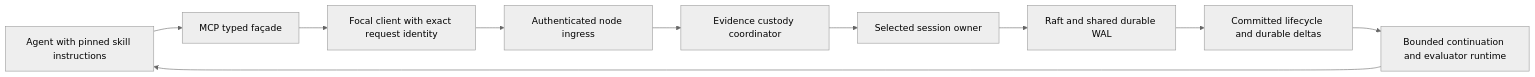
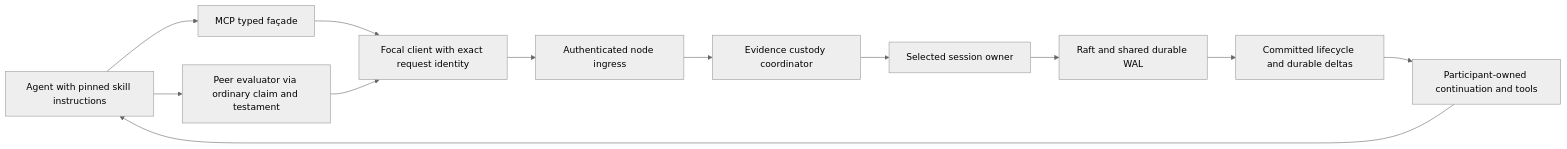
Before and after one commit to hyper-light/focal: the diagram in docs/archictecutre/12-agent-tools-and-workflows.md, drawn with Mermaid (neutral theme). The commit also changed other lines of this file and 1006 other files, not shown here.

````diff
--- a/docs/archictecutre/12-agent-tools-and-workflows.md
+++ b/docs/archictecutre/12-agent-tools-and-workflows.md
@@ -103,12 +117,14 @@
 ```mermaid
 flowchart LR
   A[Agent with pinned skill instructions] --> M[MCP typed façade]
   M --> C[Focal client with exact request identity]
   C --> I[Authenticated node ingress]
   I --> E[Evidence custody coordinator]
   E --> O[Selected session owner]
   O --> W[Raft and shared durable WAL]
   W --> D[Committed lifecycle and durable deltas]
-  D --> R[Bounded continuation and evaluator runtime]
+  D --> R[Participant-owned continuation and tools]
   R --> A
+  A --> P[Peer evaluator via ordinary claim and testament]
+  P --> C
 ```
````
